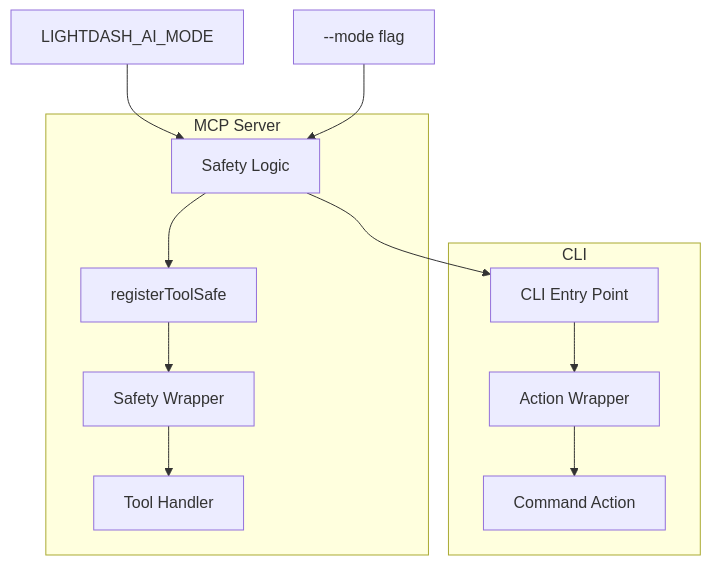
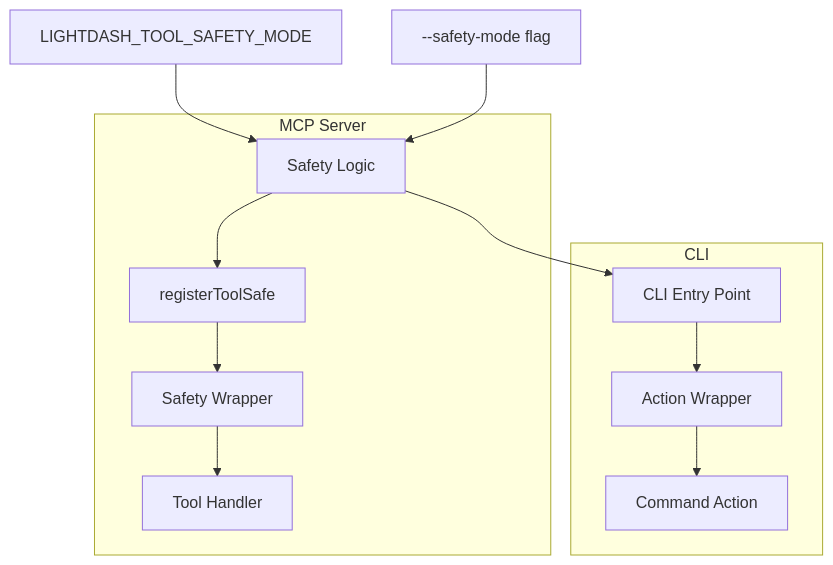
One commit to yu-iskw/lightdash-tools changed the diagram in docs/adr/0029-hierarchical-safety-modes-for-mcp-and-cli.md. Above: the diagram before and after it, drawn with Mermaid. The commit also changed other lines of this file and 26 other files, not shown here.

````diff
--- a/docs/adr/0029-hierarchical-safety-modes-for-mcp-and-cli.md
+++ b/docs/adr/0029-hierarchical-safety-modes-for-mcp-and-cli.md
@@ -45,17 +48,17 @@
 ```mermaid
 graph TD
-    Env[LIGHTDASH_AI_MODE] --> Core[Safety Logic]
-    Flag[--mode flag] --> Core
+    Env[LIGHTDASH_TOOL_SAFETY_MODE] --> Core[Safety Logic]
+    Flag[--safety-mode flag] --> Core
 
     subgraph mcp_server [MCP Server]
         Core --> MCP_Reg[registerToolSafe]
         MCP_Reg --> MCP_Wrapper[Safety Wrapper]
         MCP_Wrapper --> ToolHandler[Tool Handler]
     end
 
     subgraph cli [CLI]
         Core --> CLI_Entry[CLI Entry Point]
         CLI_Entry --> CLI_Wrapper[Action Wrapper]
         CLI_Wrapper --> CommandAction[Command Action]
     end
 ```
````
